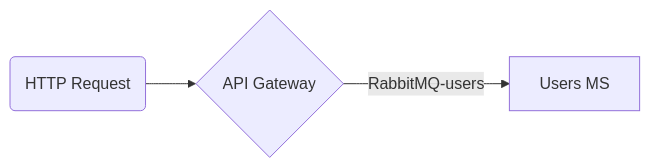
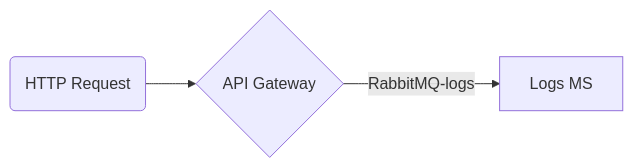
One commit to davisbento/microservice-poc changed the diagram in README.md. Above: the diagram before and after it, drawn with Mermaid. The commit also changed 38 other files, not shown here.

Commit message:
refactor ms-users -> ms-logs

````diff
--- a/README.md
+++ b/README.md
@@ -12,6 +12,6 @@
 ```mermaid
 graph LR
 A(HTTP Request)
     A --> B{API Gateway}
-    B -->|RabbitMQ-users| C[Users MS]
+    B -->|RabbitMQ-logs| C[Logs MS]
 ```
````
